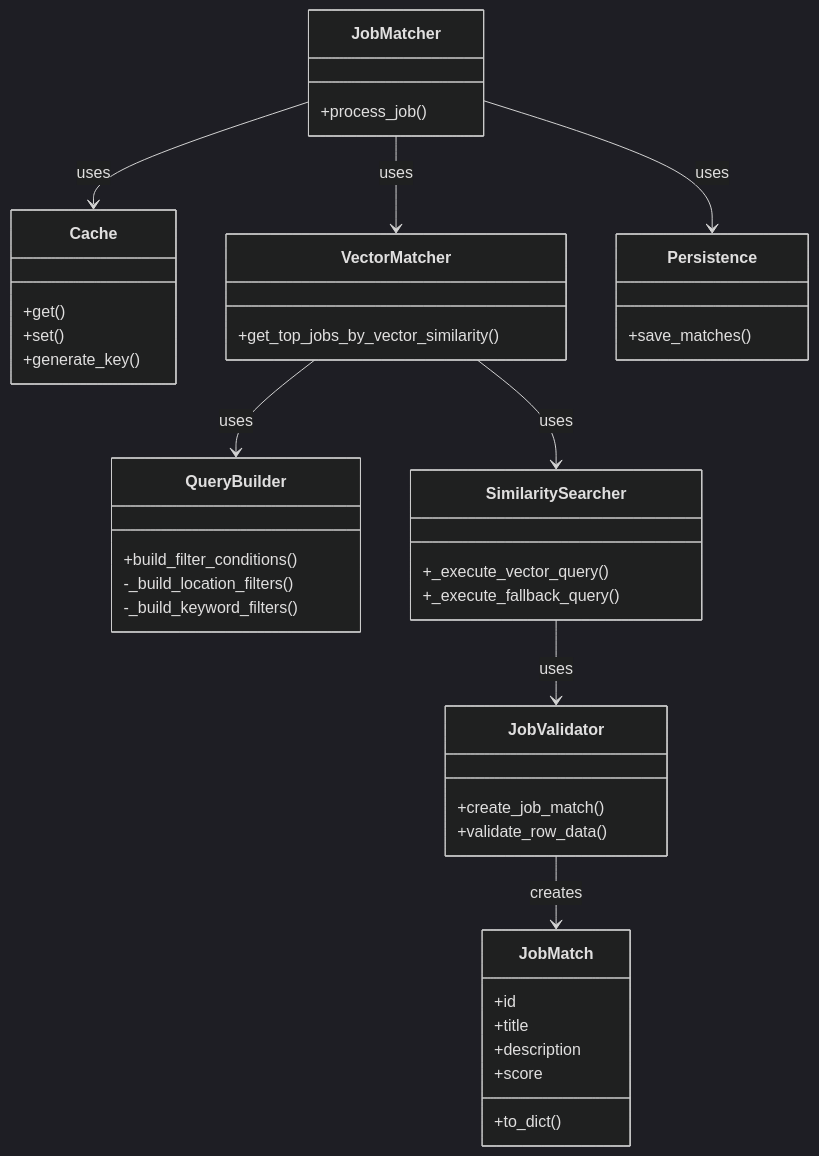
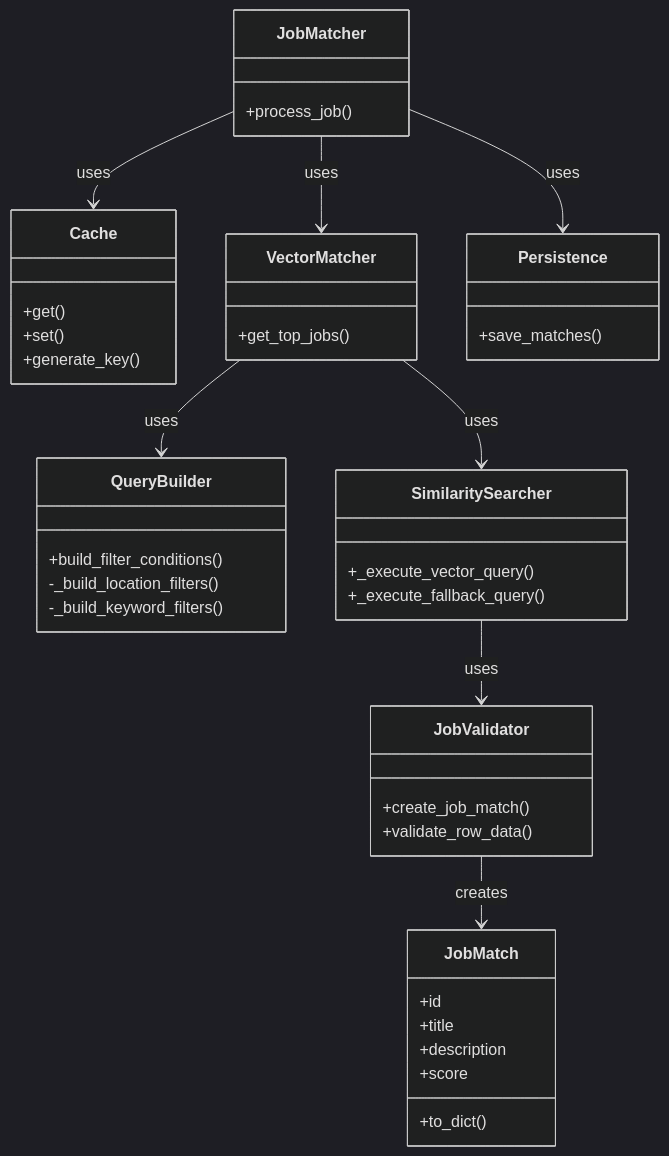
One commit to AIgen-Solutions-s-r-l/resonance changed the second of 5 diagrams in docs/job_matcher/component_diagram.md. Above: the diagram before and after it, drawn with Mermaid (dark theme). The commit also changed other lines of this file and 14 other files, not shown here.

````diff
--- a/docs/job_matcher/component_diagram.md
+++ b/docs/job_matcher/component_diagram.md
@@ -35,52 +35,52 @@
 ```mermaid
 classDiagram
     class JobMatcher {
         +process_job()
     }
     
     class Cache {
         +get()
         +set()
         +generate_key()
     }
     
     class VectorMatcher {
-        +get_top_jobs_by_vector_similarity()
+        +get_top_jobs()
     }
     
     class QueryBuilder {
         +build_filter_conditions()
         -_build_location_filters()
         -_build_keyword_filters()
     }
     
     class SimilaritySearcher {
         +_execute_vector_query()
         +_execute_fallback_query()
     }
     
     class JobValidator {
         +create_job_match()
         +validate_row_data()
     }
     
     class Persistence {
         +save_matches()
     }
     
     class JobMatch {
         +id
         +title
         +description
         +score
         +to_dict()
     }
     
     JobMatcher --> Cache : uses
     JobMatcher --> VectorMatcher : uses
     JobMatcher --> Persistence : uses
     VectorMatcher --> QueryBuilder : uses
     VectorMatcher --> SimilaritySearcher : uses
     SimilaritySearcher --> JobValidator : uses
     JobValidator --> JobMatch : creates
 ```
````
